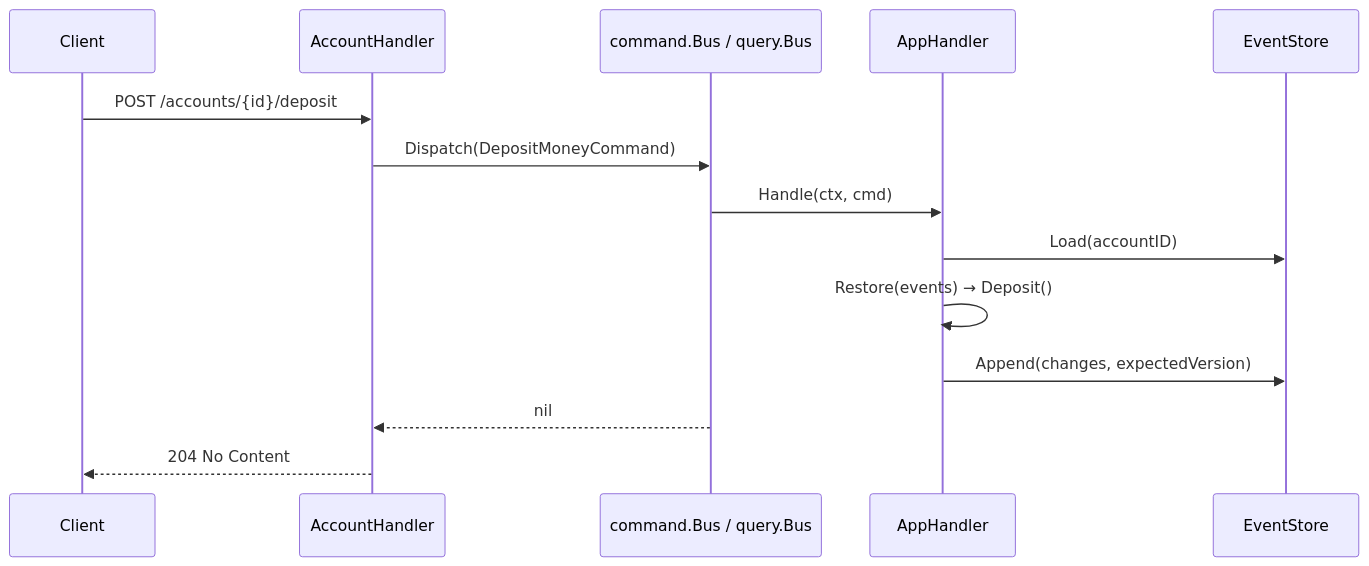
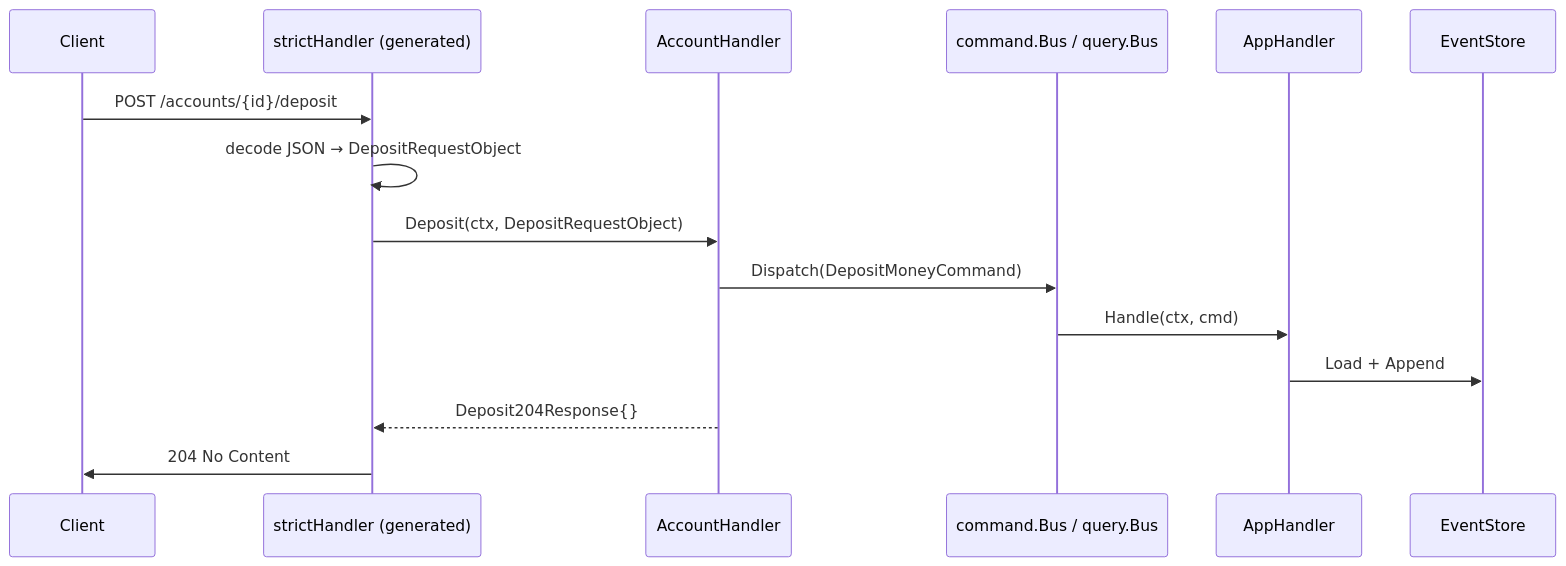
Before and after one commit to savvinovan/event-sourcing-learning: the diagram in docs/interfaces/http.md, drawn with Mermaid. The commit also changed other lines of this file and 2 other files, not shown here.

````diff
--- a/docs/interfaces/http.md
+++ b/docs/interfaces/http.md
@@ -121,17 +205,18 @@
 ```mermaid
 sequenceDiagram
     participant C as Client
+    participant S as strictHandler (generated)
     participant H as AccountHandler
     participant B as command.Bus / query.Bus
     participant Hdl as AppHandler
     participant ES as EventStore
 
-    C->>H: POST /accounts/{id}/deposit
+    C->>S: POST /accounts/{id}/deposit
+    S->>S: decode JSON → DepositRequestObject
+    S->>H: Deposit(ctx, DepositRequestObject)
     H->>B: Dispatch(DepositMoneyCommand)
     B->>Hdl: Handle(ctx, cmd)
-    Hdl->>ES: Load(accountID)
-    Hdl->>Hdl: Restore(events) → Deposit()
-    Hdl->>ES: Append(changes, expectedVersion)
-    B-->>H: nil
-    H-->>C: 204 No Content
+    Hdl->>ES: Load + Append
+    H-->>S: Deposit204Response{}
+    S->>C: 204 No Content
 ```
````
